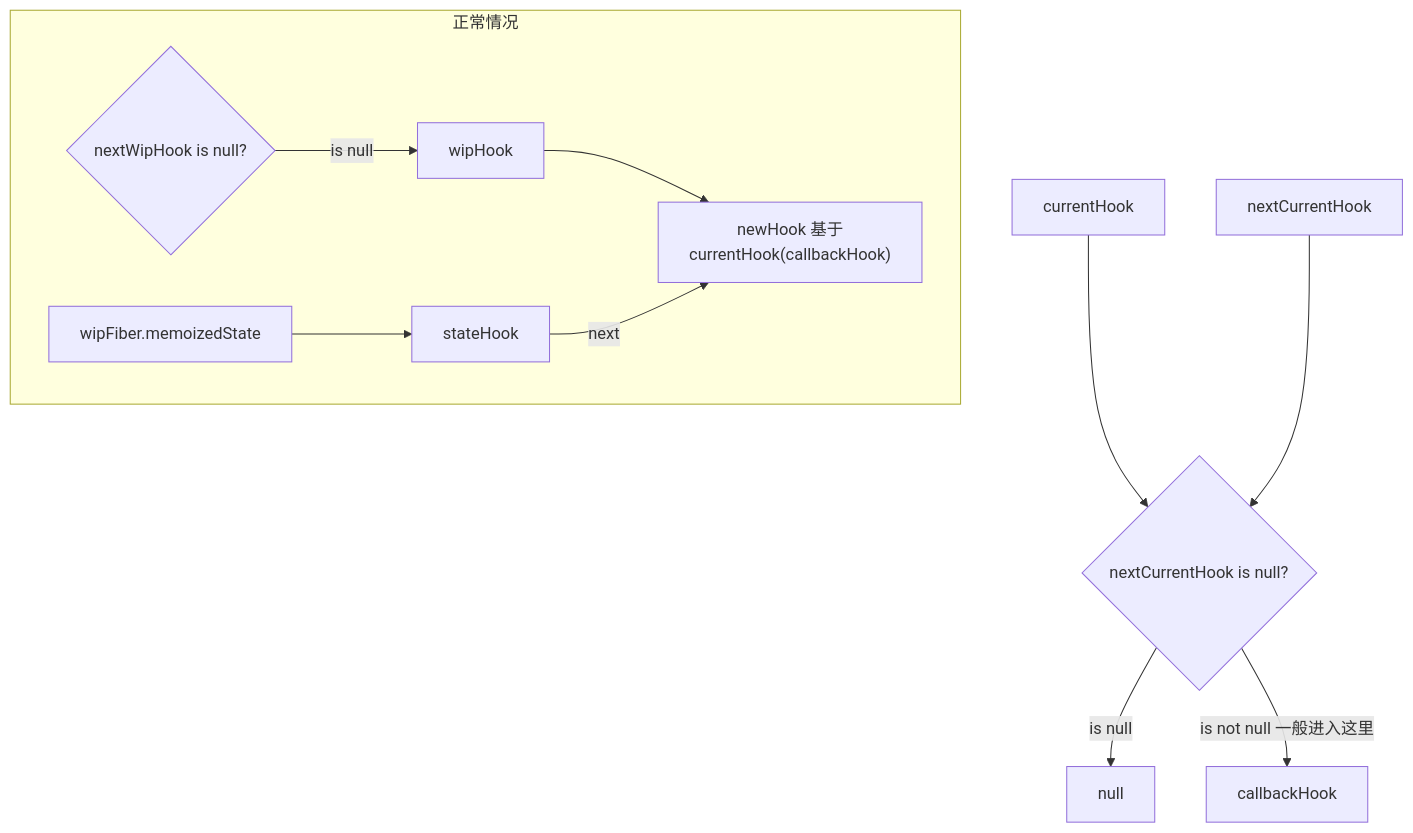
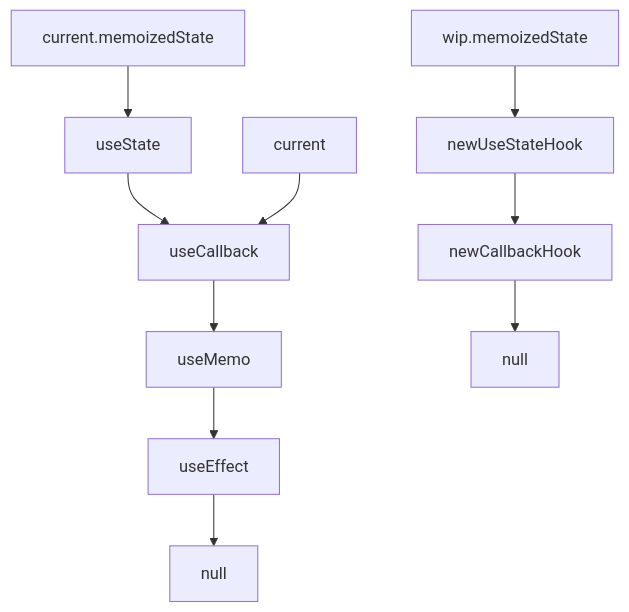
Before and after one commit to zhangchuachua/zhangchuachua.github.io: the sixth of 10 diagrams in content/React/Fiber 如何构建 Hook 链表？.md, drawn with Mermaid. The commit also changed other lines of this file and 6 other files, not shown here.

````diff
--- a/content/React/Fiber 如何构建 Hook 链表？.md
+++ b/content/React/Fiber 如何构建 Hook 链表？.md
@@ -237,13 +233,6 @@
 ```mermaid
 flowchart TB
-cntHook[currentHook] --> if{nextCurrentHook is null?} --is null--> n1[null]
-if --is not null 一般进入这里--> shook[callbackHook]
-nextCntHook[nextCurrentHook] --> if
-
-subgraph 正常情况
-if2{nextWipHook is null?} --is null --> wipHook[wipHook] --> newHook["newHook 基于
-currentHook(callbackHook)"]
-wipFiber.memoizedState --> stateHook --next--> newHook
-end
-
+current.memoizedState --> useState --> useCallback --> useMemo --> useEffect --> null
+current --> useCallback
+wip.memoizedState --> newUseStateHook --> newCallbackHook -->  newNull[null]
 ```
````
